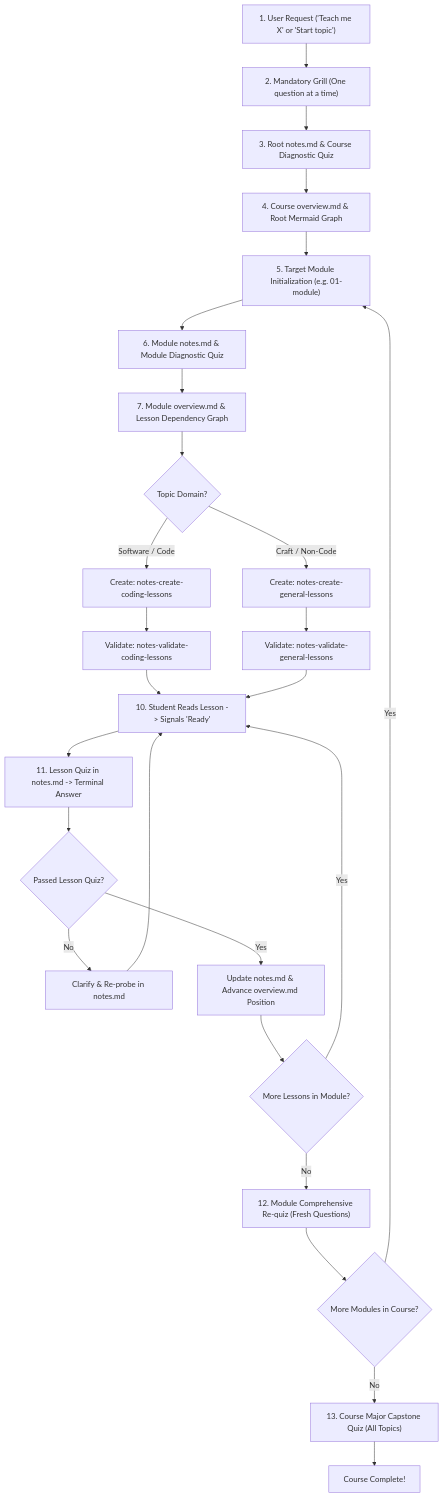
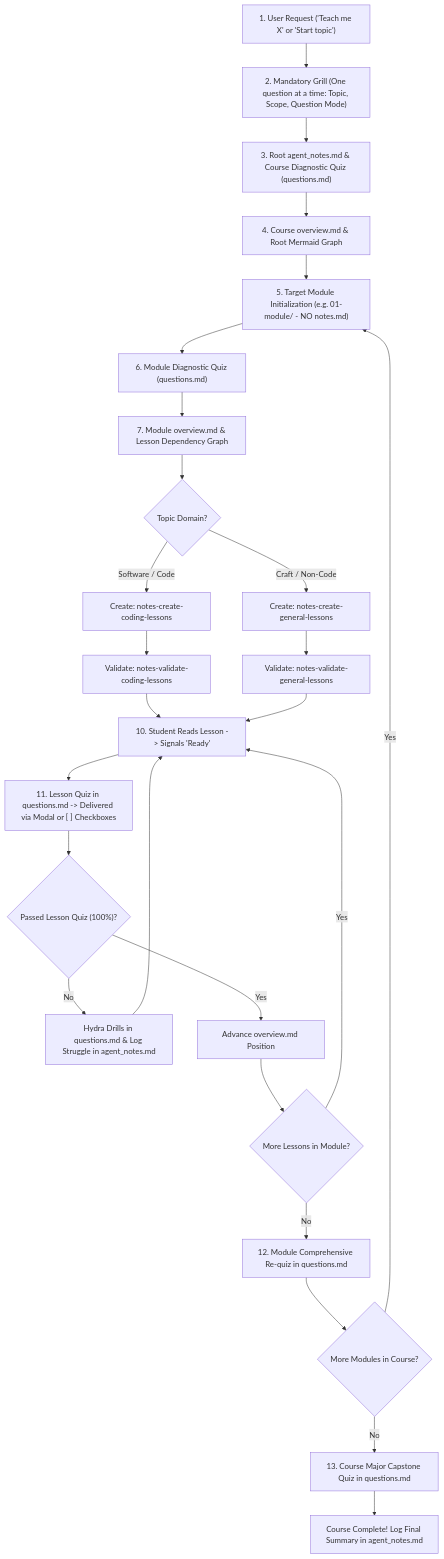
Before and after one commit to asquilatan/notes-skills: the diagram in notes-start/SKILL.md, drawn with Mermaid. The commit also changed other lines of this file and 6 other files, not shown here.

Commit message:
feat: centralize preferences in root agent_notes, remove module notes, and support markdown checkbox quizzes

````diff
--- a/notes-start/SKILL.md
+++ b/notes-start/SKILL.md
@@ -36,28 +37,28 @@
 ```mermaid
 flowchart TD
-    A["1. User Request ('Teach me X' or 'Start topic')"] --> B["2. Mandatory Grill (One question at a time)"]
-    B --> C["3. Root notes.md & Course Diagnostic Quiz"]
+    A["1. User Request ('Teach me X' or 'Start topic')"] --> B["2. Mandatory Grill (One question at a time: Topic, Scope, Question Mode)"]
+    B --> C["3. Root agent_notes.md & Course Diagnostic Quiz (questions.md)"]
     C --> D["4. Course overview.md & Root Mermaid Graph"]
-    D --> E["5. Target Module Initialization (e.g. 01-module)"]
-    E --> F["6. Module notes.md & Module Diagnostic Quiz"]
+    D --> E["5. Target Module Initialization (e.g. 01-module/ - NO notes.md)"]
+    E --> F["6. Module Diagnostic Quiz (questions.md)"]
     F --> G["7. Module overview.md & Lesson Dependency Graph"]
     G --> H{"Topic Domain?"}
     H -- Software / Code --> H1["Create: notes-create-coding-lessons"]
     H -- Craft / Non-Code --> H2["Create: notes-create-general-lessons"]
     H1 --> V1["Validate: notes-validate-coding-lessons"]
     H2 --> V2["Validate: notes-validate-general-lessons"]
     V1 --> J["10. Student Reads Lesson -> Signals 'Ready'"]
     V2 --> J
-    J --> K["11. Lesson Quiz in notes.md -> Terminal Answer"]
-    K --> L{"Passed Lesson Quiz?"}
-    L -- No --> M["Clarify & Re-probe in notes.md"]
+    J --> K["11. Lesson Quiz in questions.md -> Delivered via Modal or [ ] Checkboxes"]
+    K --> L{"Passed Lesson Quiz (100%)?"}
+    L -- No --> M["Hydra Drills in questions.md & Log Struggle in agent_notes.md"]
     M --> J
-    L -- Yes --> N["Update notes.md & Advance overview.md Position"]
+    L -- Yes --> N["Advance overview.md Position"]
     N --> O{"More Lessons in Module?"}
     O -- Yes --> J
-    O -- No --> P["12. Module Comprehensive Re-quiz (Fresh Questions)"]
+    O -- No --> P["12. Module Comprehensive Re-quiz in questions.md"]
     P --> Q{"More Modules in Course?"}
     Q -- Yes --> E
-    Q -- No --> R["13. Course Major Capstone Quiz (All Topics)"]
-    R --> S["Course Complete!"]
+    Q -- No --> R["13. Course Major Capstone Quiz in questions.md"]
+    R --> S["Course Complete! Log Final Summary in agent_notes.md"]
 ```
````
